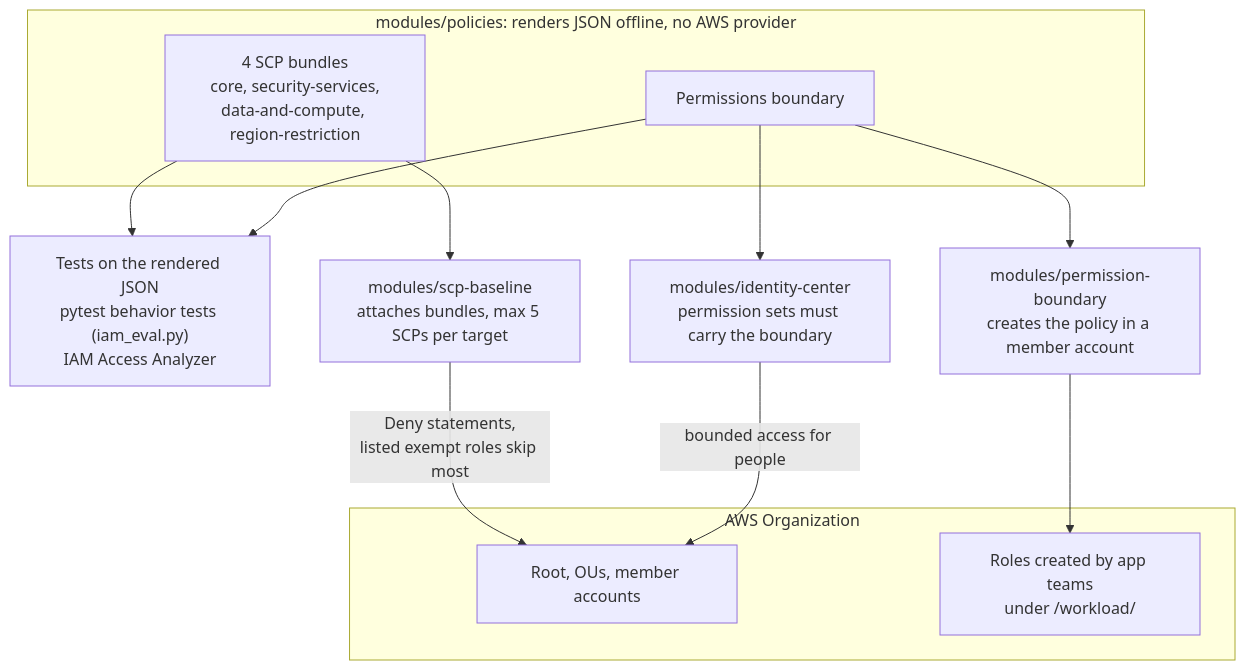
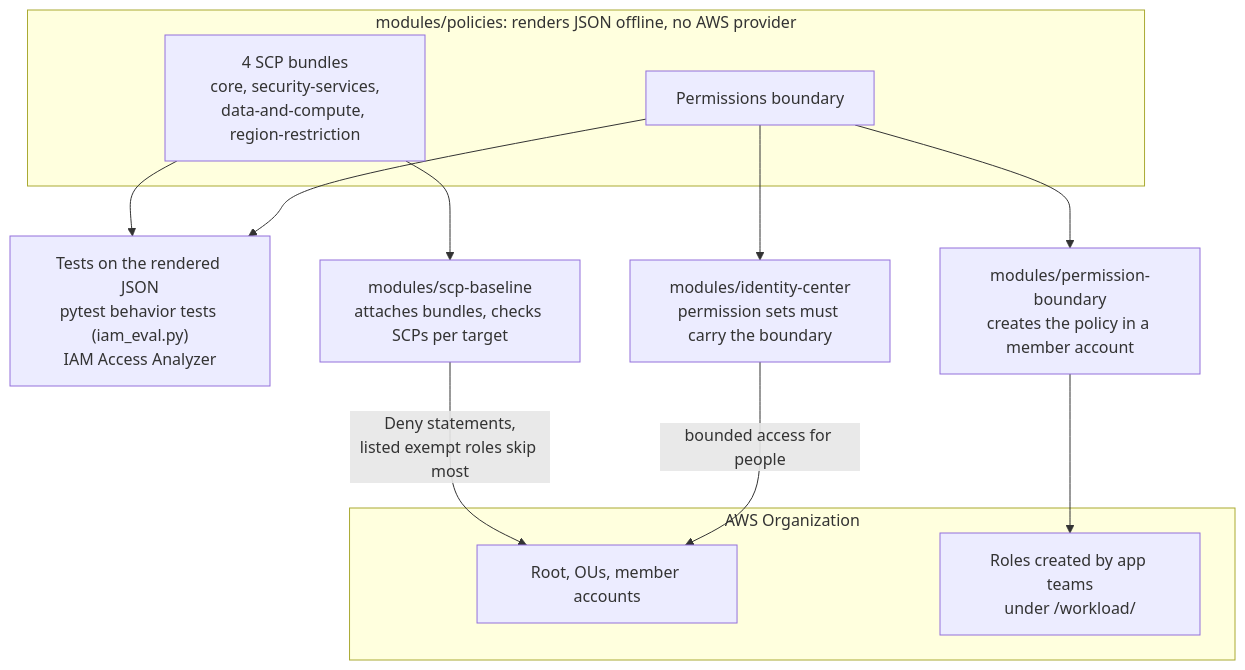
Before and after one commit to DustyStudy/aws-org-guardrails: the first of 2 diagrams in README.md, drawn with Mermaid. The commit also changed other lines of this file and 10 other files, not shown here.

````diff
--- a/README.md
+++ b/README.md
@@ -37,20 +37,20 @@
 ```mermaid
 flowchart TB
   subgraph render["modules/policies: renders JSON offline, no AWS provider"]
     SCP["4 SCP bundles<br/>core, security-services,<br/>data-and-compute, region-restriction"]
     PB["Permissions boundary"]
   end
   TESTS["Tests on the rendered JSON<br/>pytest behavior tests (iam_eval.py)<br/>IAM Access Analyzer"]
   SCP --> TESTS
   PB --> TESTS
-  SCP --> SB["modules/scp-baseline<br/>attaches bundles, max 5 SCPs per target"]
+  SCP --> SB["modules/scp-baseline<br/>attaches bundles, checks SCPs per target"]
   PB --> PBM["modules/permission-boundary<br/>creates the policy in a member account"]
   PB --> IC["modules/identity-center<br/>permission sets must carry the boundary"]
   subgraph org["AWS Organization"]
     OU["Root, OUs, member accounts"]
     WR["Roles created by app teams<br/>under /workload/"]
   end
   SB -- "Deny statements,<br/>listed exempt roles skip most" --> OU
   PBM --> WR
   IC -- "bounded access for people" --> OU
 ```
````
